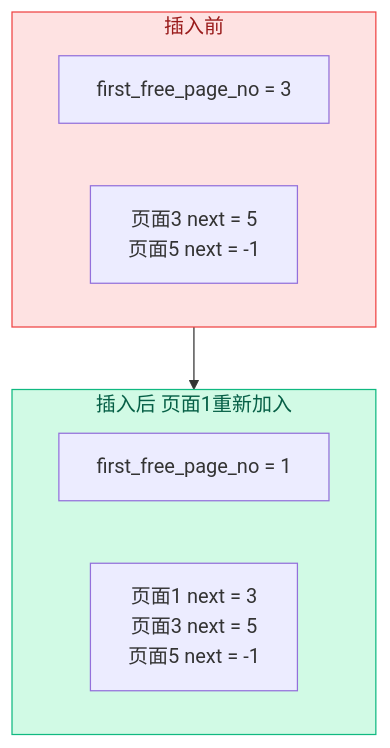
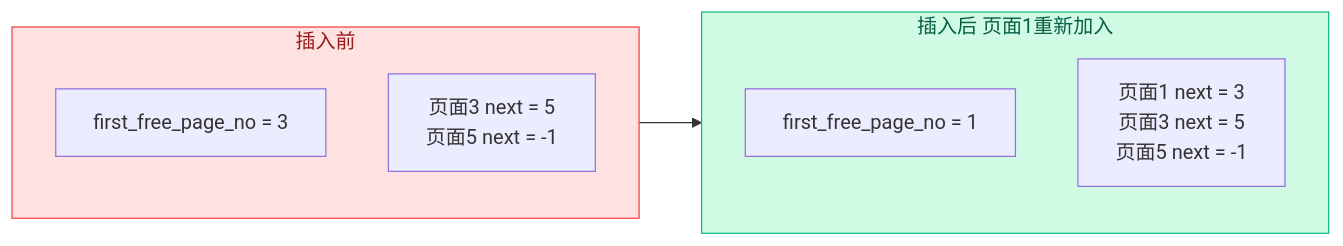
Before and after one commit to Dorian7Alden/RMDB-2024-Analyze: the third of 4 diagrams in my-analysis/02-record-layer/05b-record-free-list.md, drawn with Mermaid. The commit also changed other lines of this file, not shown here.

````diff
--- a/my-analysis/02-record-layer/05b-record-free-list.md
+++ b/my-analysis/02-record-layer/05b-record-free-list.md
@@ -123,16 +151,16 @@
 ```mermaid
-flowchart TD
+flowchart LR
     subgraph before["插入前"]
         style before fill:#fee2e2,stroke:#ef4444,color:#991b1b
         B_H["first_free_page_no = 3"]
         B_L["页面3  next = 5<br/>页面5  next = -1"]
     end
 
     subgraph after["插入后 页面1重新加入"]
         style after fill:#d1fae5,stroke:#10b981,color:#065f46
         A_H["first_free_page_no = 1"]
         A_L["页面1  next = 3<br/>页面3  next = 5<br/>页面5  next = -1"]
     end
 
     before --> after
 ```
````
